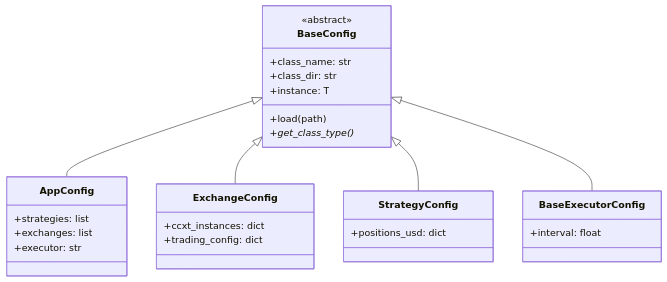
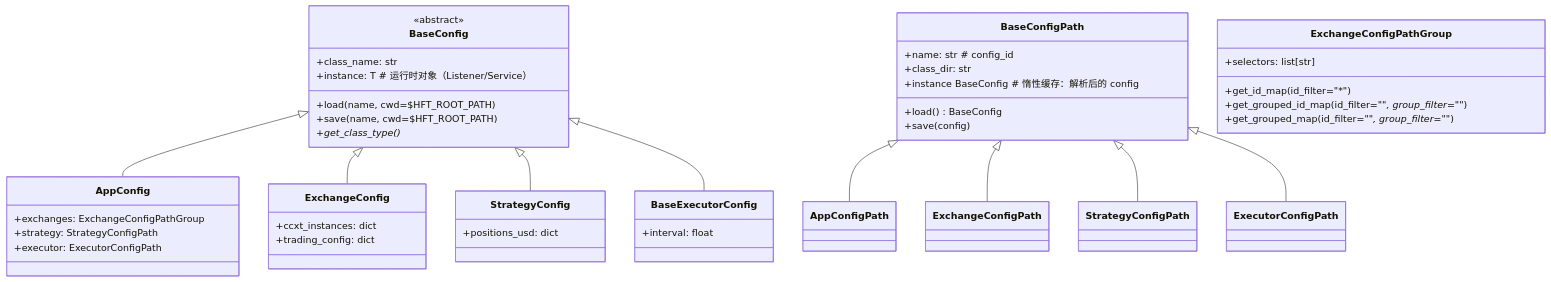
One commit to invoker-bot/HFT-Python changed the third of 3 diagrams in docs/architecture.md. Above: the diagram before and after it, drawn with Mermaid. The commit also changed other lines of this file and 31 other files, not shown here.

First line of the commit message:
Fix listener cache architecture and vars system

````diff
--- a/docs/architecture.md
+++ b/docs/architecture.md
@@ -168,35 +170,60 @@
 ```mermaid
 classDiagram
     class BaseConfig {
         <<abstract>>
         +class_name: str
-        +class_dir: str
-        +load(path)
-        +instance: T
+        +load(name, cwd=$HFT_ROOT_PATH)
+        +save(name, cwd=$HFT_ROOT_PATH)
+        +instance: T  # 运行时对象（Listener/Service）
         +get_class_type()*
     }
 
+    class BaseConfigPath {
+        +name: str  # config_id
+        +class_dir: str
+        +load() BaseConfig
+        +save(config)
+        +instance BaseConfig  # 惰性缓存：解析后的 config
+    }
+
+    class AppConfigPath
+    class ExchangeConfigPath
+    class StrategyConfigPath
+    class ExecutorConfigPath
+
+    class ExchangeConfigPathGroup {
+        +selectors: list[str]
+        +get_id_map(id_filter="*")
+        +get_grouped_id_map(id_filter="*", group_filter="*")
+        +get_grouped_map(id_filter="*", group_filter="*")
+    }
+
     class AppConfig {
-        +strategies: list
-        +exchanges: list
-        +executor: str
+        +exchanges: ExchangeConfigPathGroup
+        +strategy: StrategyConfigPath
+        +executor: ExecutorConfigPath
     }
 
     class ExchangeConfig {
         +ccxt_instances: dict
         +trading_config: dict
     }
 
     class StrategyConfig {
         +positions_usd: dict
     }
 
     class BaseExecutorConfig {
         +interval: float
     }
 
     BaseConfig <|-- AppConfig
     BaseConfig <|-- ExchangeConfig
     BaseConfig <|-- StrategyConfig
     BaseConfig <|-- BaseExecutorConfig
+
+    BaseConfigPath <|-- AppConfigPath
+    BaseConfigPath <|-- ExchangeConfigPath
+    BaseConfigPath <|-- StrategyConfigPath
+    BaseConfigPath <|-- ExecutorConfigPath
 ```
````
